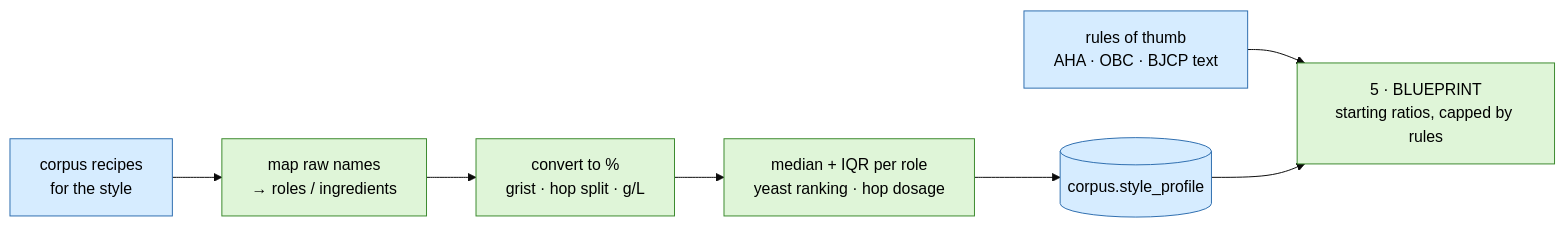
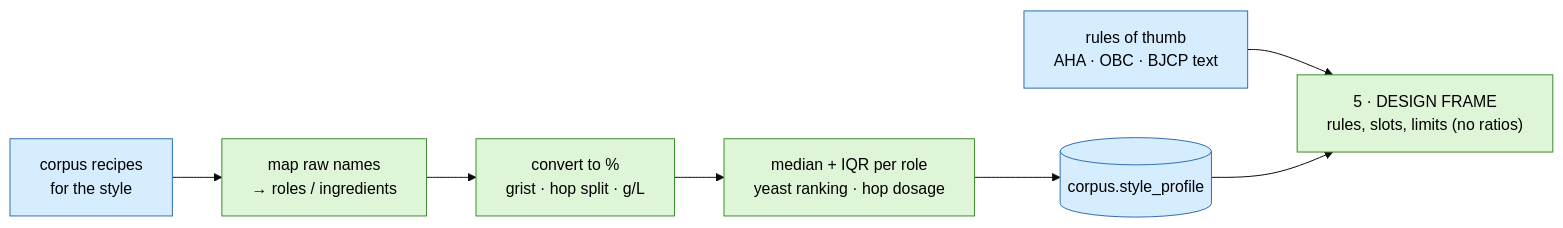
One commit to badacsonyigorenyember/homebrew_ai changed the first of 4 diagrams in docs/RECIPE-ROADMAP.md. Above: the diagram before and after it, drawn with Mermaid (base theme). The commit also changed other lines of this file and 4 other files, not shown here.

````diff
--- a/docs/RECIPE-ROADMAP.md
+++ b/docs/RECIPE-ROADMAP.md
@@ -61,12 +61,12 @@
 ```mermaid
 flowchart LR
     A["corpus recipes<br/>for the style"]:::sql --> B["map raw names<br/>→ roles / ingredients"]:::code
     B --> C["convert to %<br/>grist · hop split · g/L"]:::code
     C --> D["median + IQR per role<br/>yeast ranking · hop dosage"]:::code
     D --> E[("corpus.style_profile")]:::sql
     F["rules of thumb<br/>AHA · OBC · BJCP text"]:::sql --> G
-    E --> G["5 · BLUEPRINT<br/>starting ratios, capped by rules"]:::code
+    E --> G["5 · DESIGN FRAME<br/>rules, slots, limits (no ratios)"]:::code
 
     classDef sql fill:#d6ecff,stroke:#2f6fb0,color:#000
     classDef code fill:#dff5d8,stroke:#3c8a2e,color:#000
 ```
````
